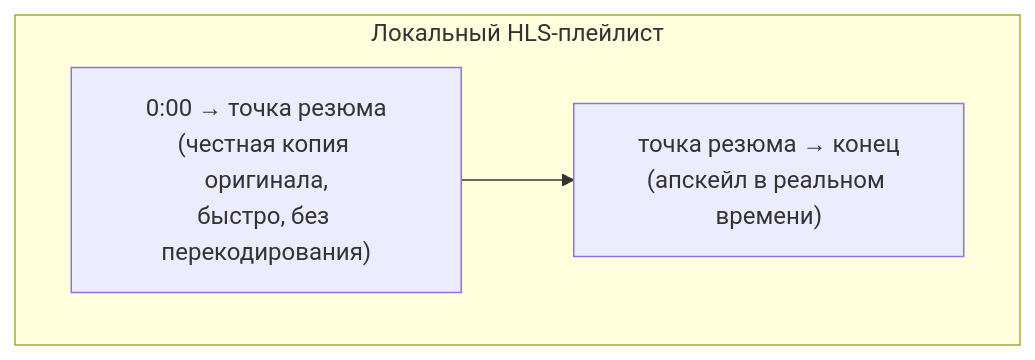
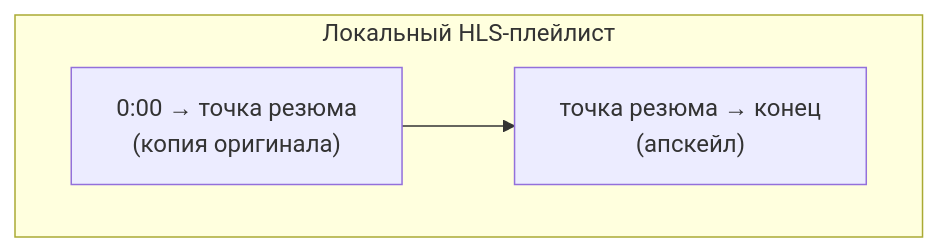
One commit to ItsRainingToday/XUpscaleNode changed the second of 2 diagrams in README.md. Above: the diagram before and after it, drawn with Mermaid.

Commit message:
docs: shorten resume-timeline diagram labels so they fit in the boxes

````diff
--- a/README.md
+++ b/README.md
@@ -83,9 +83,9 @@
 ```mermaid
 flowchart LR
     subgraph timeline["Локальный HLS-плейлист"]
         direction LR
-        P["0:00 → точка резюма\n(честная копия оригинала,\nбыстро, без перекодирования)"]
-        T["точка резюма → конец\n(апскейл в реальном времени)"]
+        P["0:00 → точка резюма\n(копия оригинала)"]
+        T["точка резюма → конец\n(апскейл)"]
         P --> T
     end
 ```
````
